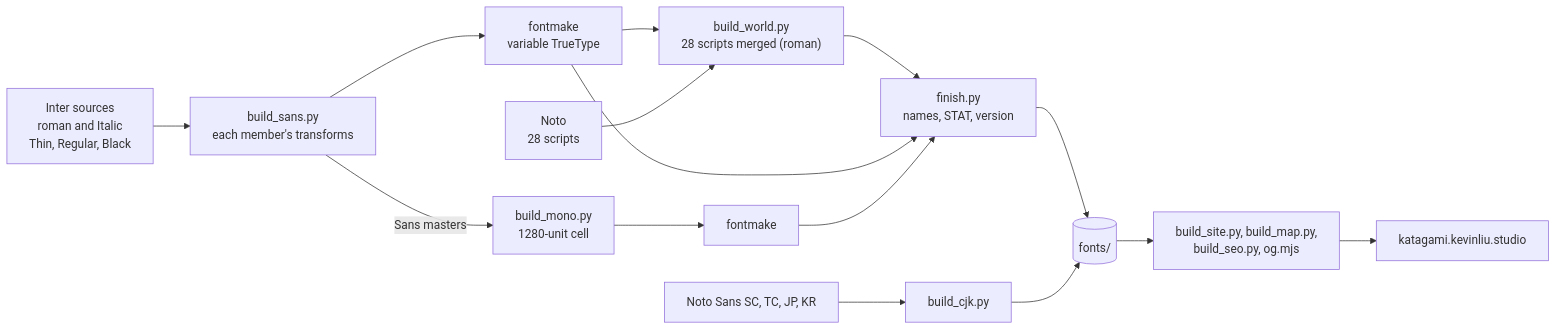
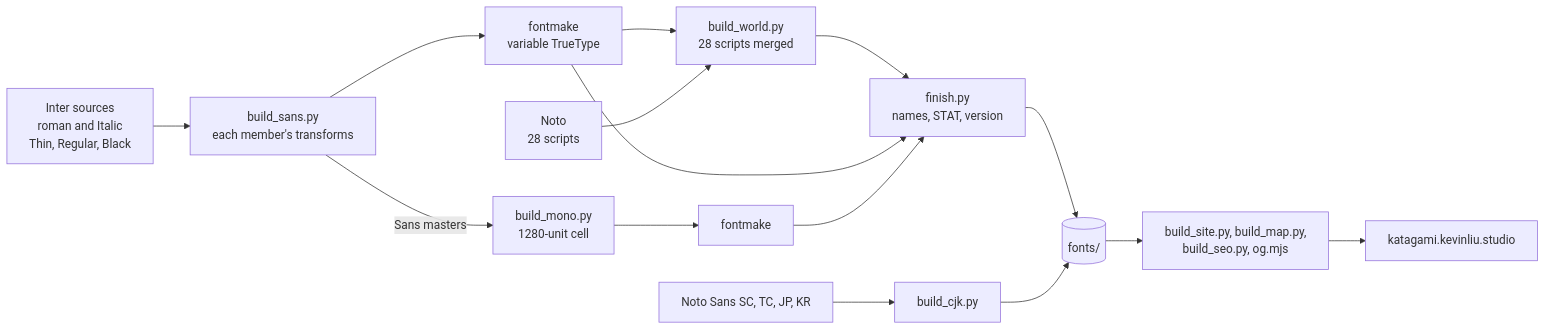
Before and after one commit to Kevin-Liu-01/Katagami: the diagram in README.md, drawn with Mermaid. The commit also changed other lines of this file and 1 other file, not shown here.

````diff
--- a/README.md
+++ b/README.md
@@ -113,17 +113,17 @@
 ```mermaid
 flowchart LR
   inter["Inter sources<br/>roman and Italic<br/>Thin, Regular, Black"] --> sans["build_sans.py<br/>each member's transforms"]
   sans --> fontmake["fontmake<br/>variable TrueType"]
-  fontmake --> world["build_world.py<br/>28 scripts merged (roman)"]
+  fontmake --> world["build_world.py<br/>28 scripts merged"]
   noto["Noto<br/>28 scripts"] --> world
   sans -- "Sans masters" --> mono["build_mono.py<br/>1280-unit cell"]
   mono --> fontmake2["fontmake"]
   notocjk["Noto Sans SC, TC, JP, KR"] --> cjk["build_cjk.py"]
   world --> finish["finish.py<br/>names, STAT, version"]
   fontmake --> finish
   fontmake2 --> finish
   finish --> fonts[("fonts/")]
   cjk --> fonts
   fonts --> site["build_site.py, build_map.py,<br/>build_seo.py, og.mjs"]
   site --> web["katagami.kevinliu.studio"]
 ```
````
